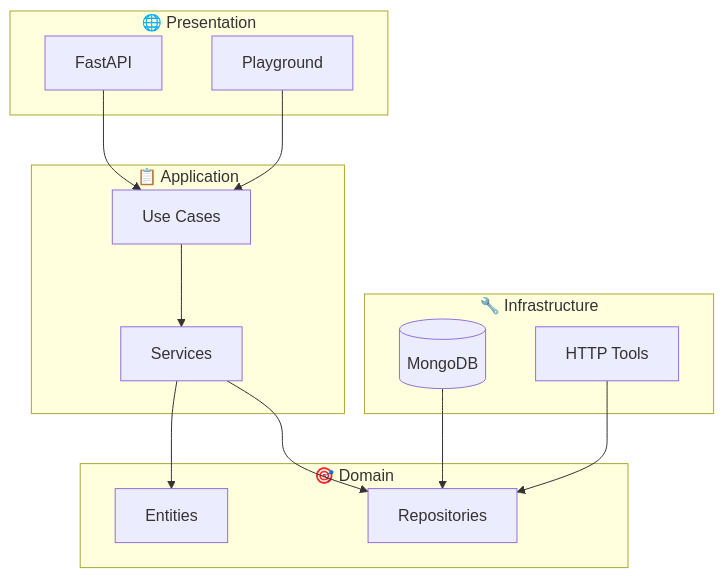
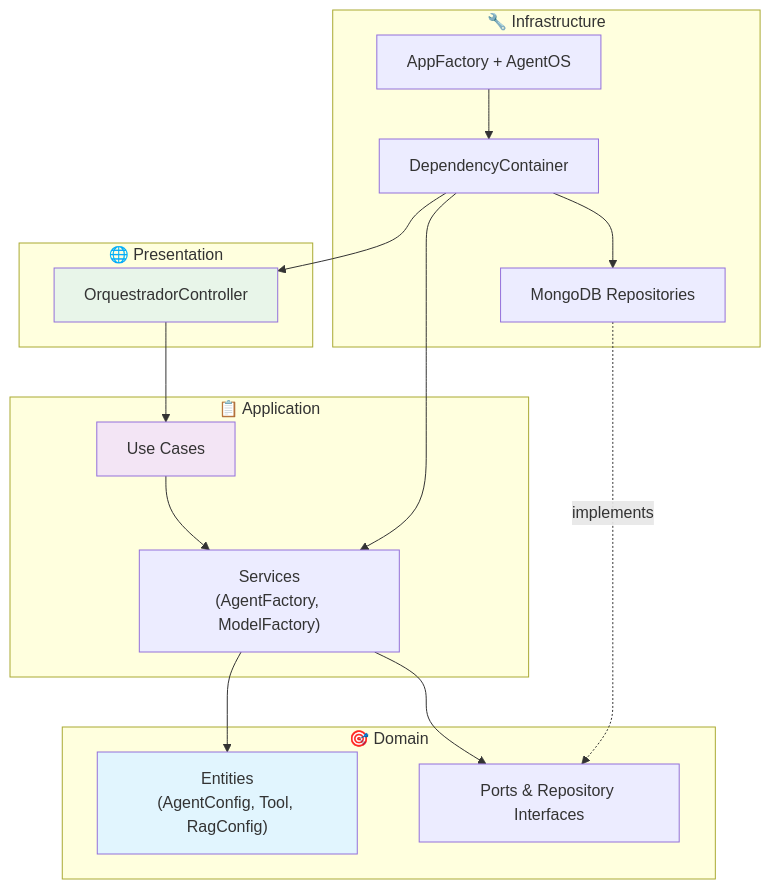
One commit to Mosfet04/orquestradorIAPythonArgo changed the diagram in README.md. Above: the diagram before and after it, drawn with Mermaid. The commit also changed other lines of this file and 62 other files, not shown here.

````diff
--- a/README.md
+++ b/README.md
@@ -36,30 +47,32 @@
 ```mermaid
 graph TB
     subgraph "🎯 Domain"
-        E[Entities]
-        R[Repositories]
+        E["Entities<br/>(AgentConfig, Tool, RagConfig)"]
+        P["Ports & Repository Interfaces"]
     end
-    
+
     subgraph "📋 Application"
-        UC[Use Cases]
-        S[Services]
+        UC["Use Cases"]
+        S["Services<br/>(AgentFactory, ModelFactory)"]
     end
-    
+
     subgraph "🔧 Infrastructure"
-        DB[(MongoDB)]
-        HTTP[HTTP Tools]
+        DB["MongoDB Repositories"]
+        WEB["AppFactory + AgentOS"]
+        DI["DependencyContainer"]
     end
-    
+
     subgraph "🌐 Presentation"
-        API[FastAPI]
-        PG[Playground]
+        CTRL["OrquestradorController"]
     end
-    
-    API --> UC
-    PG --> UC
-    UC --> S
-    S --> E
-    S --> R
-    DB --> R
-    HTTP --> R
+
+    CTRL --> UC --> S --> E
+    S --> P
+    DB -.->|implements| P
+    DI --> CTRL & S & DB
+    WEB --> DI
+
+    style E fill:#e1f5fe
+    style UC fill:#f3e5f5
+    style CTRL fill:#e8f5e9
 ```
````
